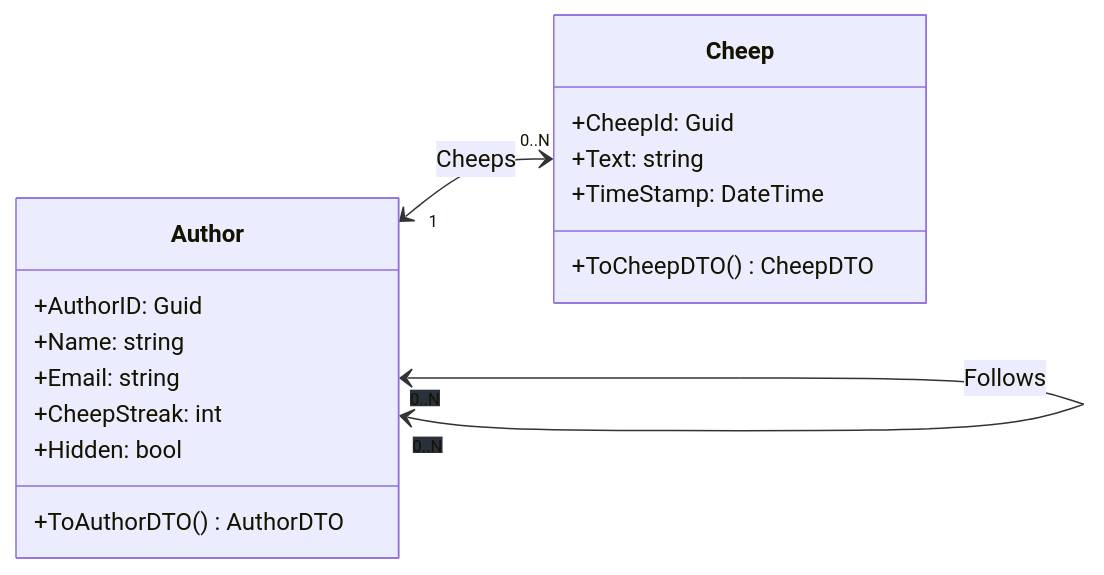
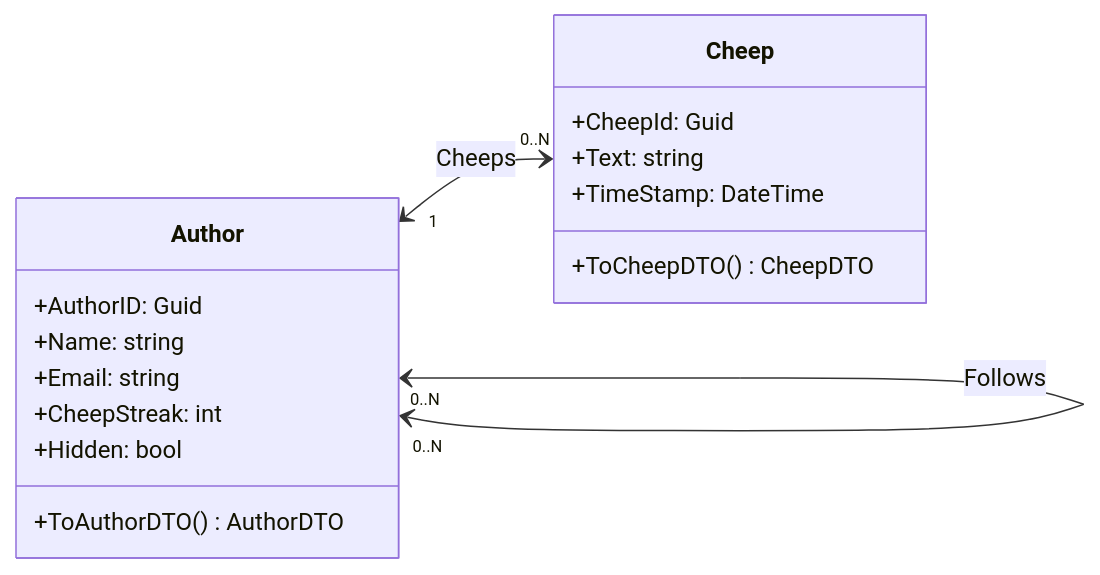
One commit to ITU-BDSA23-GROUP7/Chirp changed the first of 11 diagrams in docs/report.md. Above: the diagram before and after it, drawn with Mermaid.

Commit message:
Removed background colors in mermaid

````diff
--- a/docs/report.md
+++ b/docs/report.md
@@ -21,22 +21,22 @@
 ```mermaid
   classDiagram
   direction LR
       class Cheep{
         +CheepId: Guid
         +Text: string
         +TimeStamp: DateTime
         +ToCheepDTO() CheepDTO
       }
 
       class Author{
         +AuthorID: Guid
         +Name: string
         +Email:  string
         +CheepStreak: int
         +Hidden: bool
         +ToAuthorDTO() AuthorDTO
       }
 
       Author "1" <--> "0..N" Cheep : Cheeps
-      Author "<span style='background-color:#2a303c'>0..N</span>" <--> "<span style='background-color:#2a303c'>0..N</span>" Author : Follows
+      Author "0..N" <--> "0..N" Author : Follows
 ```
````
